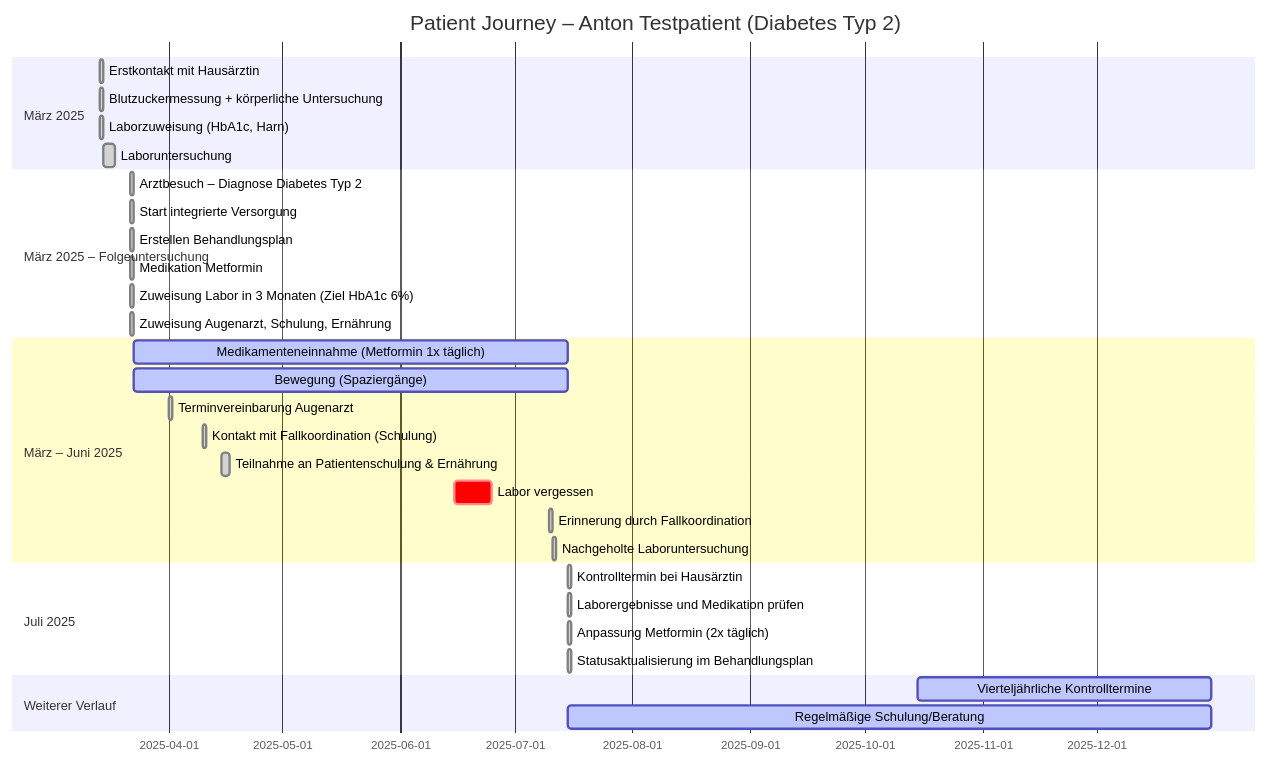
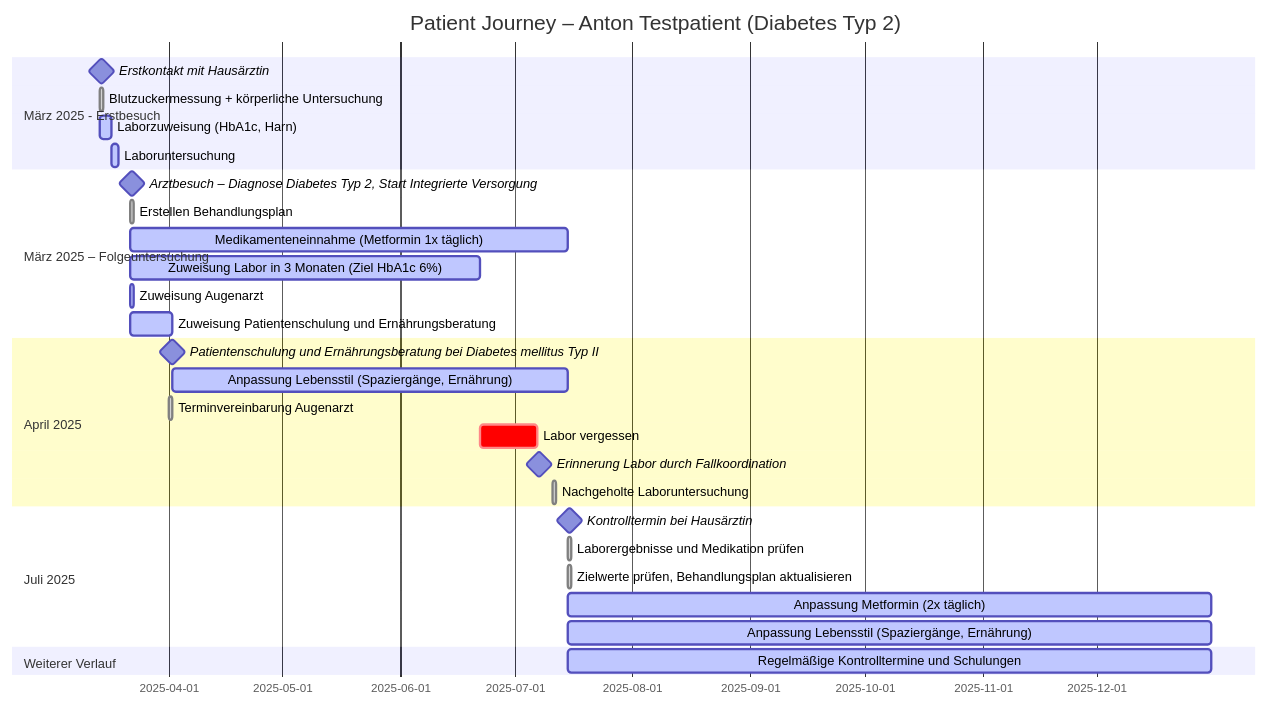
Before and after one commit to HL7Austria/ELGA-IV-Diabetes-R4: the diagram in input/pagecontent/anwendungsfaelle.md, drawn with Mermaid.

Commit message:
Update gantt

```diff
--- a/input/pagecontent/anwendungsfaelle.md
+++ b/input/pagecontent/anwendungsfaelle.md
@@ -70,38 +70,36 @@
 <pre class="mermaid">
-   gantt
+gantt
   title Patient Journey – Anton Testpatient (Diabetes Typ 2)
   dateFormat  YYYY-MM-DD
-  section März 2025
-  Erstkontakt mit Hausärztin             :done, a1, 2025-03-14, 1d
+  section März 2025 - Erstbesuch
+  Erstkontakt mit Hausärztin             :milestone, a1, 2025-03-14, 1d
   Blutzuckermessung + körperliche Untersuchung :done, a2, 2025-03-14, 1d
-  Laborzuweisung (HbA1c, Harn)           :done, a3, 2025-03-14, 1d
-  Laboruntersuchung                      :done, a4, after a3, 3d
+  Laborzuweisung (HbA1c, Harn)           :active, a3, 2025-03-14, 2025-03-17
+  Laboruntersuchung                      :active, a4, after a3, 2d
 
   section März 2025 – Folgeuntersuchung
-  Arztbesuch – Diagnose Diabetes Typ 2   :done, a5, 2025-03-22, 1d
-  Start integrierte Versorgung           :done, a6, 2025-03-22, 1d
-  Erstellen Behandlungsplan              :done, a7, 2025-03-22, 1d
-  Medikation Metformin                   :done, a8, 2025-03-22, 1d
-  Zuweisung Labor in 3 Monaten (Ziel HbA1c 6%) :done, a9, 2025-03-22, 1d
-  Zuweisung Augenarzt, Schulung, Ernährung :done, a10, 2025-03-22, 1d
+  Arztbesuch – Diagnose Diabetes Typ 2, Start Integrierte Versorgung   :milestone, a5, 2025-03-22, 1d
+  Erstellen Behandlungsplan                                      :done, a7, 2025-03-22, 1d
+  Medikamenteneinnahme (Metformin 1x täglich)               :active, b1, 2025-03-22, 2025-07-15
+  Zuweisung Labor in 3 Monaten (Ziel HbA1c 6%)          :active, a9, 2025-03-22, 2025-06-22
+  Zuweisung Augenarzt                                   :active, a10, 2025-03-22, 1d
+  Zuweisung Patientenschulung und Ernährungsberatung     :active, a10, 2025-03-22, 2025-04-02
 
-  section März – Juni 2025
-  Medikamenteneinnahme (Metformin 1x täglich) :active, b1, 2025-03-23, 2025-07-15
-  Bewegung (Spaziergänge)               :active, b2, 2025-03-23, 2025-07-15
+  section April 2025
+  Patientenschulung und Ernährungsberatung bei Diabetes mellitus Typ II                    : milestone, 2025-04-02
+  Anpassung Lebensstil (Spaziergänge, Ernährung)               :active, b2, 2025-04-02, 2025-07-15
   Terminvereinbarung Augenarzt          :done, b3, 2025-04-01, 1d
-  Kontakt mit Fallkoordination (Schulung) :done, b4, 2025-04-10, 1d
-  Teilnahme an Patientenschulung & Ernährung :done, b5, 2025-04-15, 2d
-  Labor vergessen                       :crit, b6, 2025-06-15, 10d
-  Erinnerung durch Fallkoordination     :done, b7, 2025-07-10, 1d
+  Labor vergessen                       :crit, b6, 2025-06-22, 2025-07-07
+  Erinnerung Labor durch Fallkoordination     :milestone, b7, 2025-07-07, 1d
   Nachgeholte Laboruntersuchung         :done, b8, 2025-07-11, 1d
 
   section Juli 2025
-  Kontrolltermin bei Hausärztin         :done, c1, 2025-07-15, 1d
+  Kontrolltermin bei Hausärztin         :milestone, c1, 2025-07-15, 1d
   Laborergebnisse und Medikation prüfen :done, c2, 2025-07-15, 1d
-  Anpassung Metformin (2x täglich)      :done, c3, 2025-07-15, 1d
-  Statusaktualisierung im Behandlungsplan :done, c4, 2025-07-15, 1d
+  Zielwerte prüfen, Behandlungsplan aktualisieren          :done, a7, 2025-07-15, 1d
+  Anpassung Metformin (2x täglich)      :active, c3, 2025-07-15, 2025-12-31
+  Anpassung Lebensstil (Spaziergänge, Ernährung)          :active, c4, 2025-07-15, 2025-12-31
 
   section Weiterer Verlauf
-  Vierteljährliche Kontrolltermine      :active, d1, 2025-10-15, 2025-12-31
-  Regelmäßige Schulung/Beratung         :active, d2, 2025-07-15, 2025-12-31
+  Regelmäßige Kontrolltermine und Schulungen         :active, d2, 2025-07-15, 2025-12-31
 </pre>
```
